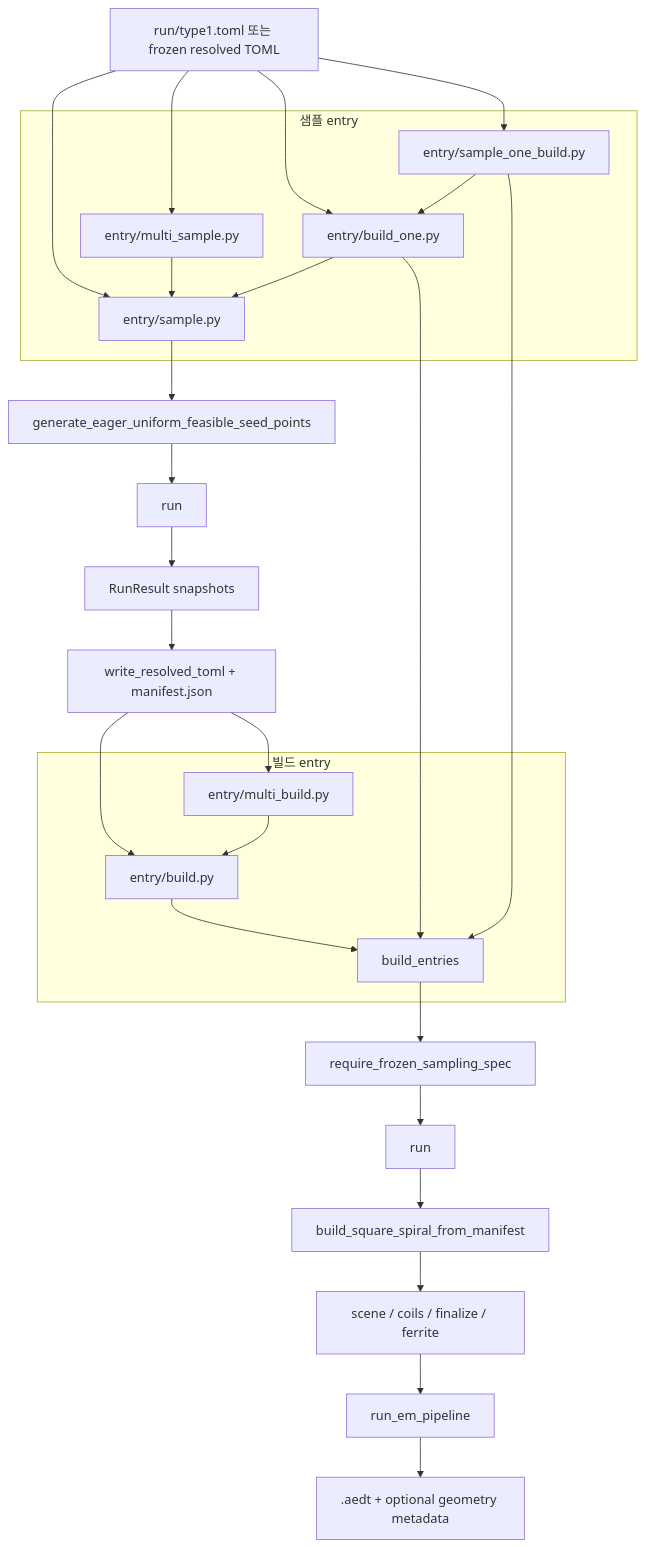
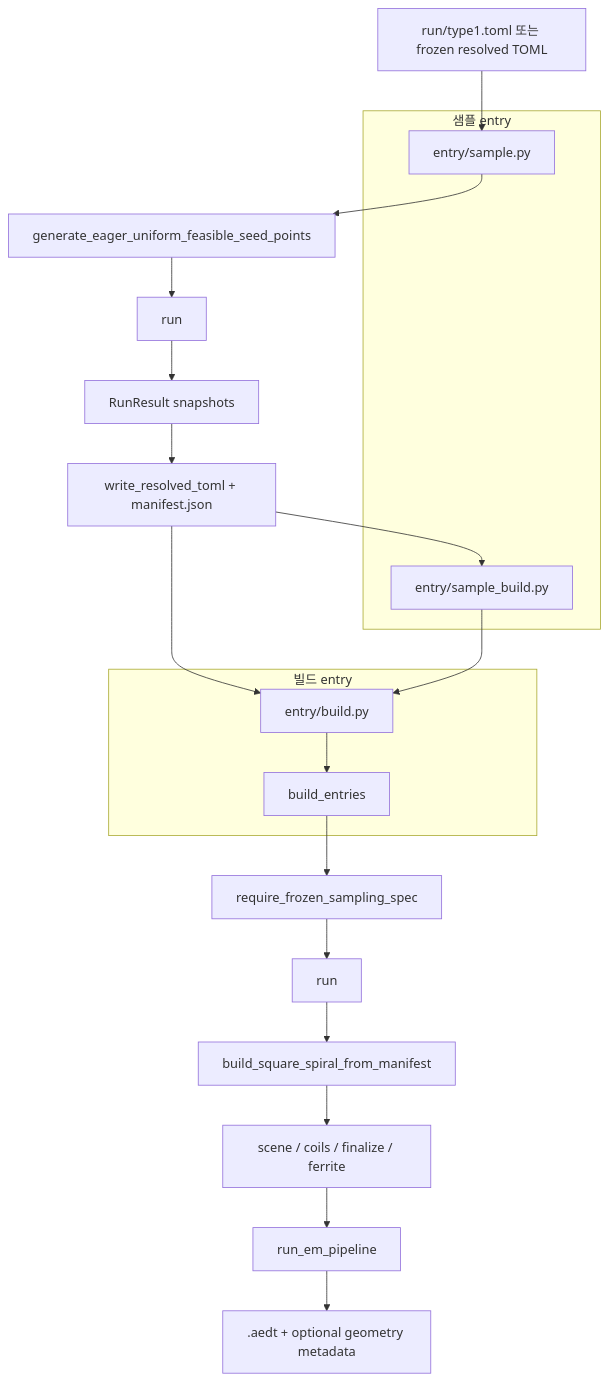
Before and after one commit to Glaysia/peetsfea: the diagram in docs/current-pipeline.md, drawn with Mermaid. The commit also changed other lines of this file and 273 other files, not shown here.

````diff
--- a/docs/current-pipeline.md
+++ b/docs/current-pipeline.md
@@ -5,45 +5,32 @@
 ```mermaid
 flowchart TD
     Spec["run/type1.toml 또는 frozen resolved TOML"]
 
     subgraph SampleEntries["샘플 entry"]
         SamplePy["entry/sample.py"]
-        MultiSample["entry/multi_sample.py"]
-        BuildOne["entry/build_one.py"]
-        SampleOneBuild["entry/sample_one_build.py"]
+        SampleBuild["entry/sample_build.py"]
     end
 
     subgraph BuildEntries["빌드 entry"]
         BuildPy["entry/build.py"]
-        MultiBuild["entry/multi_build.py"]
         BuildWorker["build_entries"]
     end
 
     Spec --> SamplePy
-    Spec --> MultiSample
-    Spec --> BuildOne
-    Spec --> SampleOneBuild
-
-    MultiSample --> SamplePy
-    BuildOne --> SamplePy
-    SampleOneBuild --> BuildOne
-
     SamplePy --> Uniform["generate_eager_uniform_feasible_seed_points"]
     Uniform --> RunSample["run"]
     RunSample --> Snapshots["RunResult snapshots"]
     Snapshots --> ResolvedToml["write_resolved_toml + manifest.json"]
 
     ResolvedToml --> BuildPy
-    ResolvedToml --> MultiBuild
-    MultiBuild --> BuildPy
+    ResolvedToml --> SampleBuild
     BuildPy --> BuildWorker
-    BuildOne --> BuildWorker
-    SampleOneBuild --> BuildWorker
+    SampleBuild --> BuildPy
 
     BuildWorker --> FrozenGate["require_frozen_sampling_spec"]
     FrozenGate --> RunBuild["run"]
     RunBuild --> Geometry["build_square_spiral_from_manifest"]
     Geometry --> Scene["scene / coils / finalize / ferrite"]
     Scene --> EMPipeline["run_em_pipeline"]
     EMPipeline --> Outputs[".aedt + optional geometry metadata"]
 ```
````
